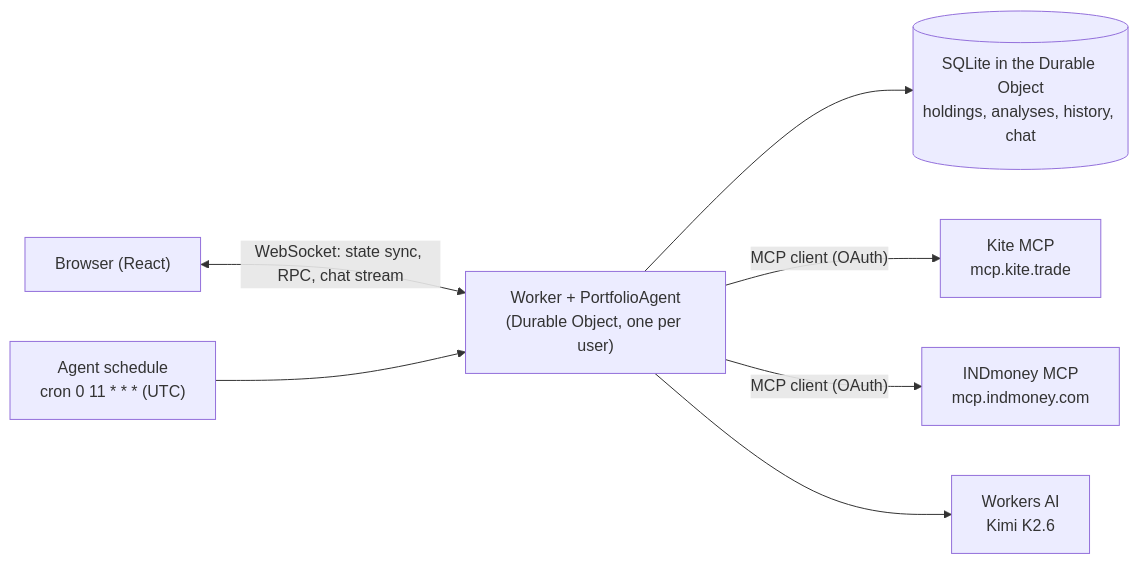
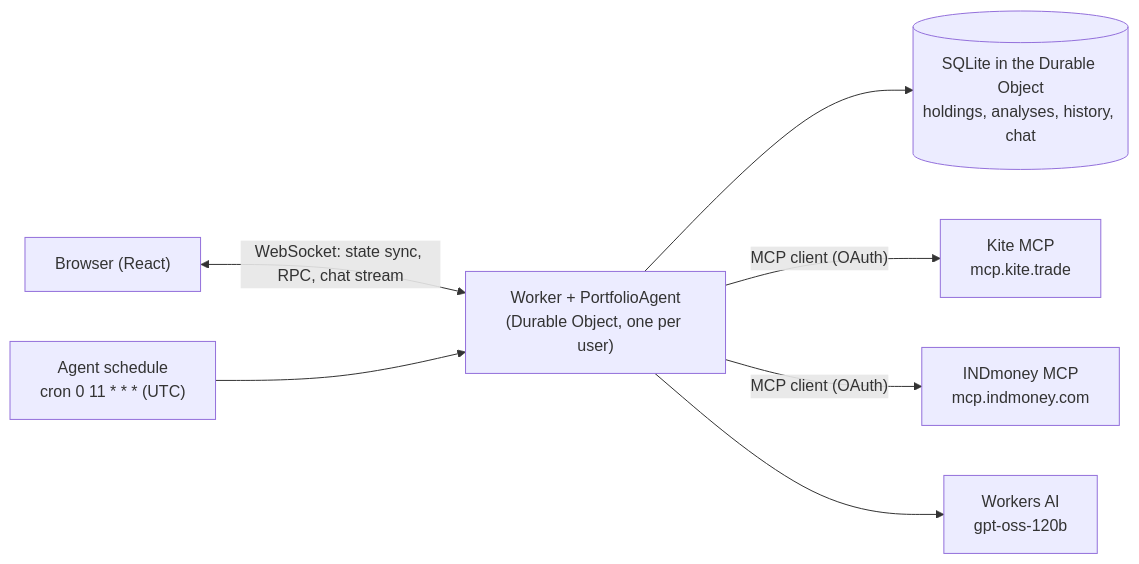
One commit to ObedImmanuel/ai-coffee-can changed the diagram in README.md. Above: the diagram before and after it, drawn with Mermaid. The commit also changed other lines of this file and 9 other files, not shown here.

First line of the commit message:
Use gpt-oss-120b on Workers AI (free plan) and show chat errors

````diff
--- a/README.md
+++ b/README.md
@@ -14,9 +14,9 @@
 ```mermaid
 flowchart LR
   B["Browser (React)"] <-->|"WebSocket: state sync, RPC, chat stream"| W["Worker + PortfolioAgent<br/>(Durable Object, one per user)"]
   W --> DB[("SQLite in the Durable Object<br/>holdings, analyses, history, chat")]
   W -->|"MCP client (OAuth)"| K["Kite MCP<br/>mcp.kite.trade"]
   W -->|"MCP client (OAuth)"| I["INDmoney MCP<br/>mcp.indmoney.com"]
-  W --> AI["Workers AI<br/>Kimi K2.6"]
+  W --> AI["Workers AI<br/>gpt-oss-120b"]
   S["Agent schedule<br/>cron 0 11 * * * (UTC)"] --> W
 ```
````
